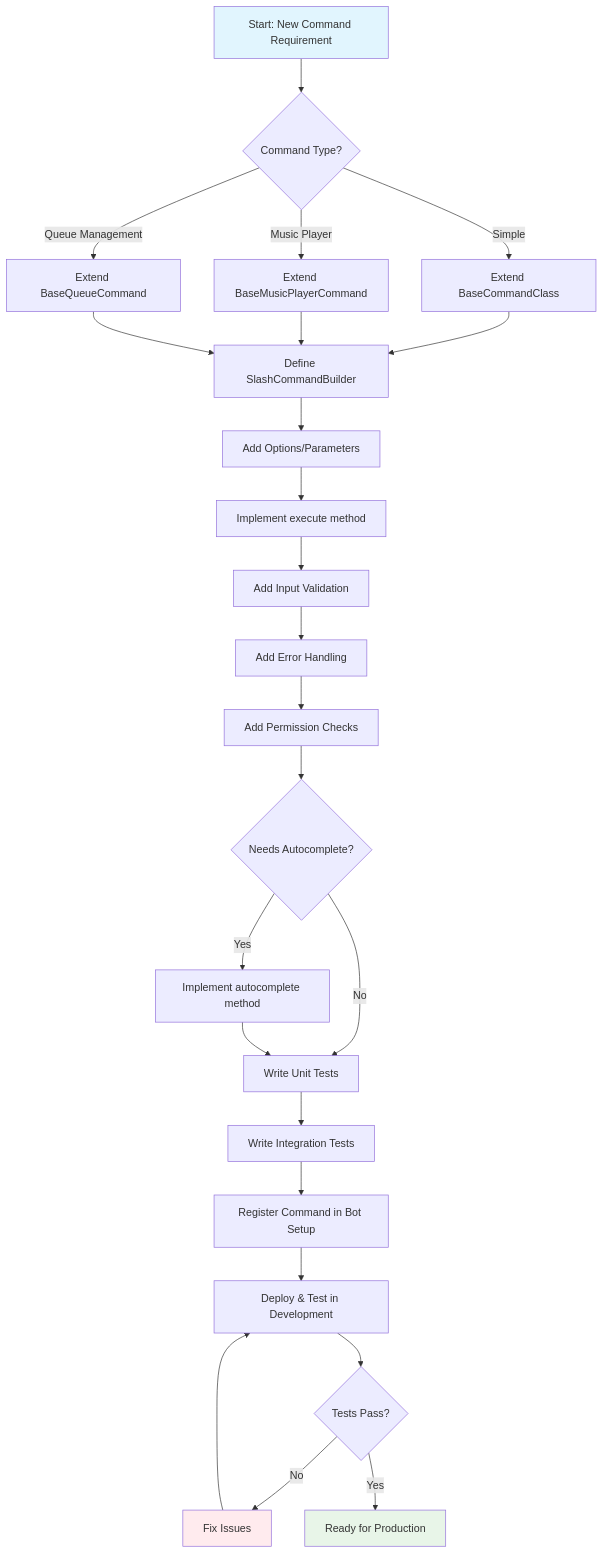
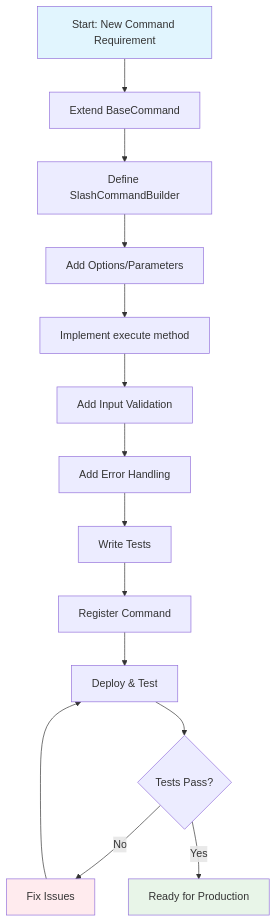
The second of 3 diagrams in wiki/Development/How To Contribute/Creating Commands.md (baguilartech/AMBER), drawn with Mermaid before and after one commit. The commit also changed other lines of this file and 12 other files, not shown here.

````diff
--- a/wiki/Development/How To Contribute/Creating Commands.md
+++ b/wiki/Development/How To Contribute/Creating Commands.md
@@ -492,33 +137,20 @@
 ```mermaid
 flowchart TD
-    A[Start: New Command Requirement] --> B{Command Type?}
-    B -->|Simple| C[Extend BaseCommandClass]
-    B -->|Music Player| D[Extend BaseMusicPlayerCommand]
-    B -->|Queue Management| E[Extend BaseQueueCommand]
-    
-    C --> F[Define SlashCommandBuilder]
-    D --> F
-    E --> F
-    
-    F --> G[Add Options/Parameters]
-    G --> H[Implement execute method]
-    H --> I[Add Input Validation]
-    I --> J[Add Error Handling]
-    J --> K[Add Permission Checks]
-    K --> L{Needs Autocomplete?}
-    L -->|Yes| M[Implement autocomplete method]
-    L -->|No| N[Write Unit Tests]
-    M --> N
-    
-    N --> O[Write Integration Tests]
-    O --> P[Register Command in Bot Setup]
-    P --> Q[Deploy & Test in Development]
-    Q --> R{Tests Pass?}
-    R -->|No| S[Fix Issues]
-    S --> Q
-    R -->|Yes| T[Ready for Production]
+    A[Start: New Command Requirement] --> B[Extend BaseCommand]
+    B --> C[Define SlashCommandBuilder]
+    C --> D[Add Options/Parameters]
+    D --> E[Implement execute method]
+    E --> F[Add Input Validation]
+    F --> G[Add Error Handling]
+    G --> H[Write Tests]
+    H --> I[Register Command]
+    I --> J[Deploy & Test]
+    J --> K{Tests Pass?}
+    K -->|No| L[Fix Issues]
+    L --> J
+    K -->|Yes| M[Ready for Production]
     
     style A fill:#e1f5fe
-    style T fill:#e8f5e8
-    style S fill:#ffebee
+    style M fill:#e8f5e8
+    style L fill:#ffebee
 ```
````
